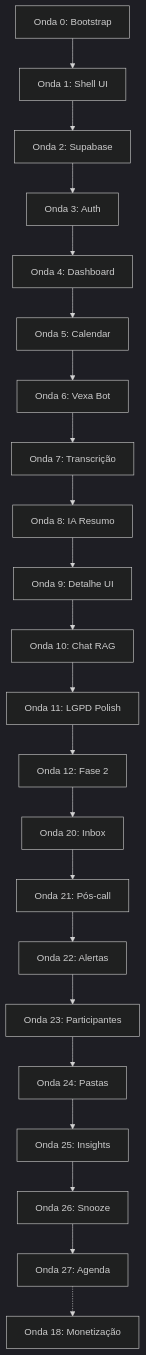
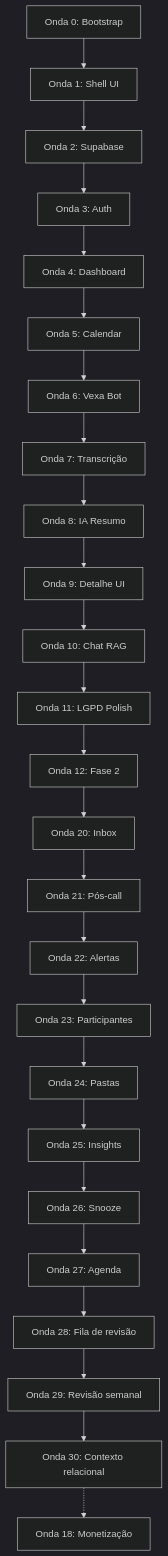
Before and after one commit to solerpedroo/reuniai: the first of 3 diagrams in implementation-plan.md, drawn with Mermaid (dark theme). The commit also changed other lines of this file, not shown here.

First line of the commit message:
docs(plan): substitui Onda 28 por fila de revisão em batch (/revisar)

````diff
--- a/implementation-plan.md
+++ b/implementation-plan.md
@@ -86,24 +92,27 @@
 ```mermaid
 flowchart TD
     O0[Onda 0: Bootstrap] --> O1[Onda 1: Shell UI]
     O1 --> O2[Onda 2: Supabase]
     O2 --> O3[Onda 3: Auth]
     O3 --> O4[Onda 4: Dashboard]
     O4 --> O5[Onda 5: Calendar]
     O5 --> O6[Onda 6: Vexa Bot]
     O6 --> O7[Onda 7: Transcrição]
     O7 --> O8[Onda 8: IA Resumo]
     O8 --> O9[Onda 9: Detalhe UI]
     O9 --> O10[Onda 10: Chat RAG]
     O10 --> O11[Onda 11: LGPD Polish]
     O11 --> O12[Onda 12: Fase 2]
     O12 --> O20[Onda 20: Inbox]
     O20 --> O21[Onda 21: Pós-call]
     O21 --> O22[Onda 22: Alertas]
     O22 --> O23[Onda 23: Participantes]
     O23 --> O24[Onda 24: Pastas]
     O24 --> O25[Onda 25: Insights]
     O25 --> O26[Onda 26: Snooze]
     O26 --> O27[Onda 27: Agenda]
-    O27 -.-> O18[Onda 18: Monetização]
+    O27 --> O28[Onda 28: Fila de revisão]
+    O28 --> O29[Onda 29: Revisão semanal]
+    O29 --> O30[Onda 30: Contexto relacional]
+    O30 -.-> O18[Onda 18: Monetização]
 ```
````
